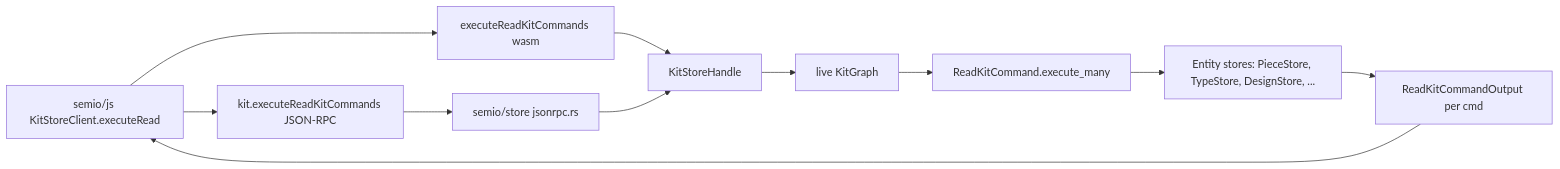
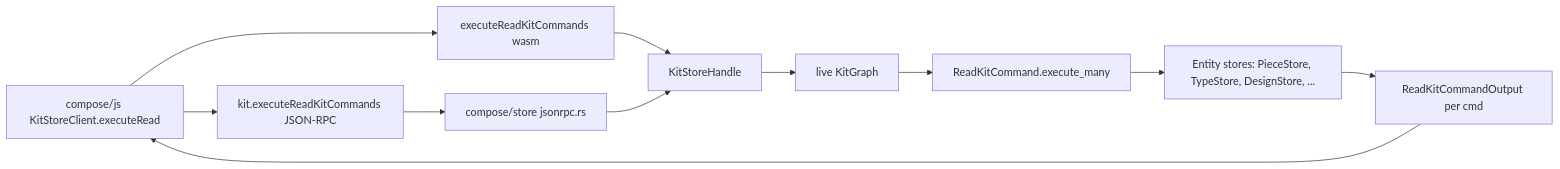
Before and after one commit to usalu/semio: the diagram in .repo/🎫/26/04/26/SCOPED-KIT-READ-REFACTOR/rs_read_command_overhaul_011f30b6.plan.md, drawn with Mermaid. The commit also changed other lines of this file and 7735 other files, not shown here.

````diff
--- a/.repo/🎫/26/04/26/SCOPED-KIT-READ-REFACTOR/rs_read_command_overhaul_011f30b6.plan.md
+++ b/.repo/🎫/26/04/26/SCOPED-KIT-READ-REFACTOR/rs_read_command_overhaul_011f30b6.plan.md
@@ -131,13 +131,13 @@
 ```mermaid
 flowchart LR
-  JS[semio/js KitStoreClient.executeRead] --> WASM[executeReadKitCommands wasm]
+  JS[compose/js KitStoreClient.executeRead] --> WASM[executeReadKitCommands wasm]
   JS --> RPC[kit.executeReadKitCommands JSON-RPC]
-  RPC --> STORE[semio/store jsonrpc.rs]
+  RPC --> STORE[compose/store jsonrpc.rs]
   WASM --> RUST[KitStoreHandle]
   STORE --> RUST
   RUST --> GRAPH[live KitGraph]
   GRAPH --> EXEC[ReadKitCommand.execute_many]
   EXEC --> STORES["Entity stores: PieceStore, TypeStore, DesignStore, ..."]
   STORES --> OUT[ReadKitCommandOutput per cmd]
   OUT --> JS
 ```
````
